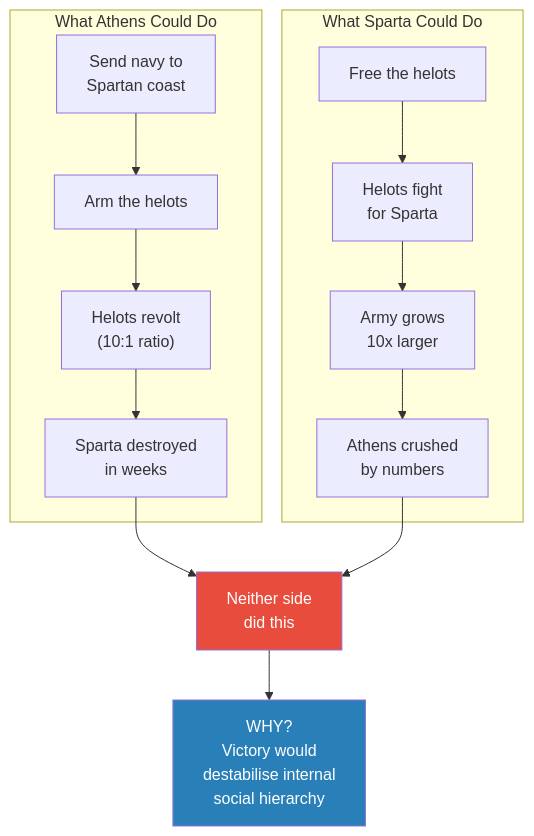
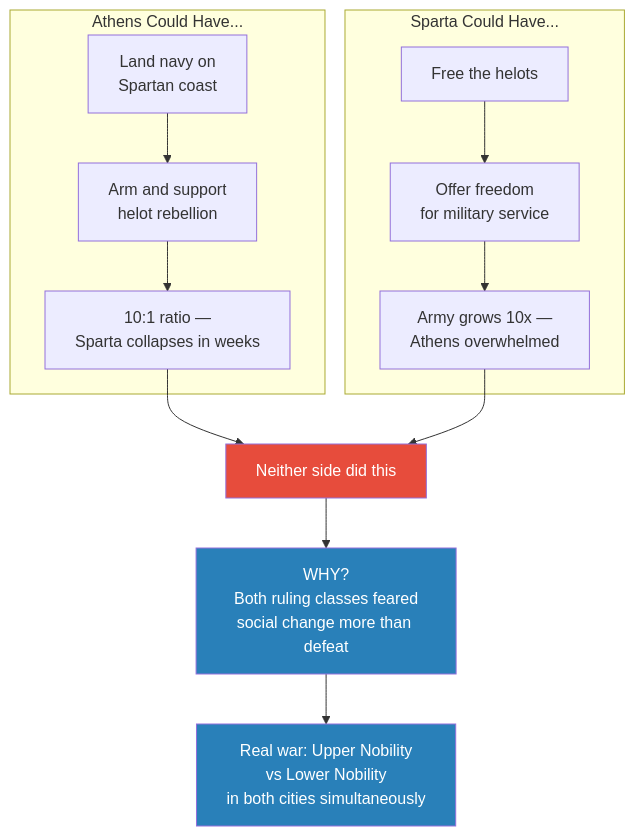
One commit to alius33/reader changed the fifth of 6 diagrams in summaries/Lectures/Civilization/08 - Rat Utopia and the Peloponnesian War.md. Above: the diagram before and after it, drawn with Mermaid. The commit also changed other lines of this file and 26 other files, not shown here.

````diff
--- a/summaries/Lectures/Civilization/08 - Rat Utopia and the Peloponnesian War.md
+++ b/summaries/Lectures/Civilization/08 - Rat Utopia and the Peloponnesian War.md
@@ -226,18 +299,18 @@
 ```mermaid
 flowchart TB
-    subgraph ATH["What Athens Could Do"]
-        A1["Send navy to<br/>Spartan coast"] --> A2["Arm the helots"]
-        A2 --> A3["Helots revolt<br/>(10:1 ratio)"]
-        A3 --> A4["Sparta destroyed<br/>in weeks"]
+    subgraph ATH_COULD["Athens Could Have..."]
+        A1["Land navy on<br/>Spartan coast"] --> A2["Arm and support<br/>helot rebellion"]
+        A2 --> A3["10:1 ratio —<br/>Sparta collapses in weeks"]
     end
-    subgraph SPA["What Sparta Could Do"]
-        S1["Free the helots"] --> S2["Helots fight<br/>for Sparta"]
-        S2 --> S3["Army grows<br/>10x larger"]
-        S3 --> S4["Athens crushed<br/>by numbers"]
+    subgraph SPA_COULD["Sparta Could Have..."]
+        S1["Free the helots"] --> S2["Offer freedom<br/>for military service"]
+        S2 --> S3["Army grows 10x —<br/>Athens overwhelmed"]
     end
-    A4 --> X["Neither side<br/>did this"]
-    S4 --> X
-    X --> WHY["WHY?<br/>Victory would<br/>destabilise internal<br/>social hierarchy"]
-    style X fill:#e74c3c,color:#fff
+    A3 --> NX["Neither side did this"]
+    S3 --> NX
+    NX --> WHY["WHY?<br/>Both ruling classes feared<br/>social change more than defeat"]
+    WHY --> RE["Real war: Upper Nobility<br/>vs Lower Nobility<br/>in both cities simultaneously"]
+    style NX fill:#e74c3c,color:#fff
     style WHY fill:#2980b9,color:#fff
+    style RE fill:#2980b9,color:#fff
 ```
````
